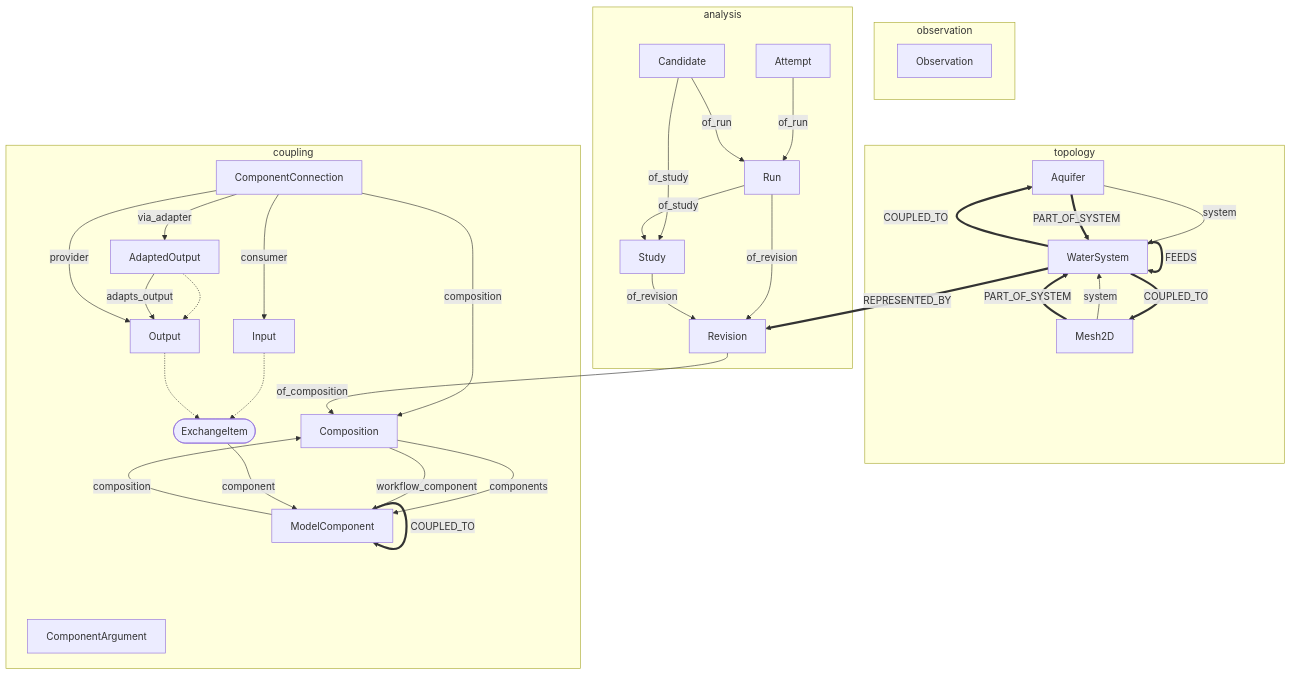
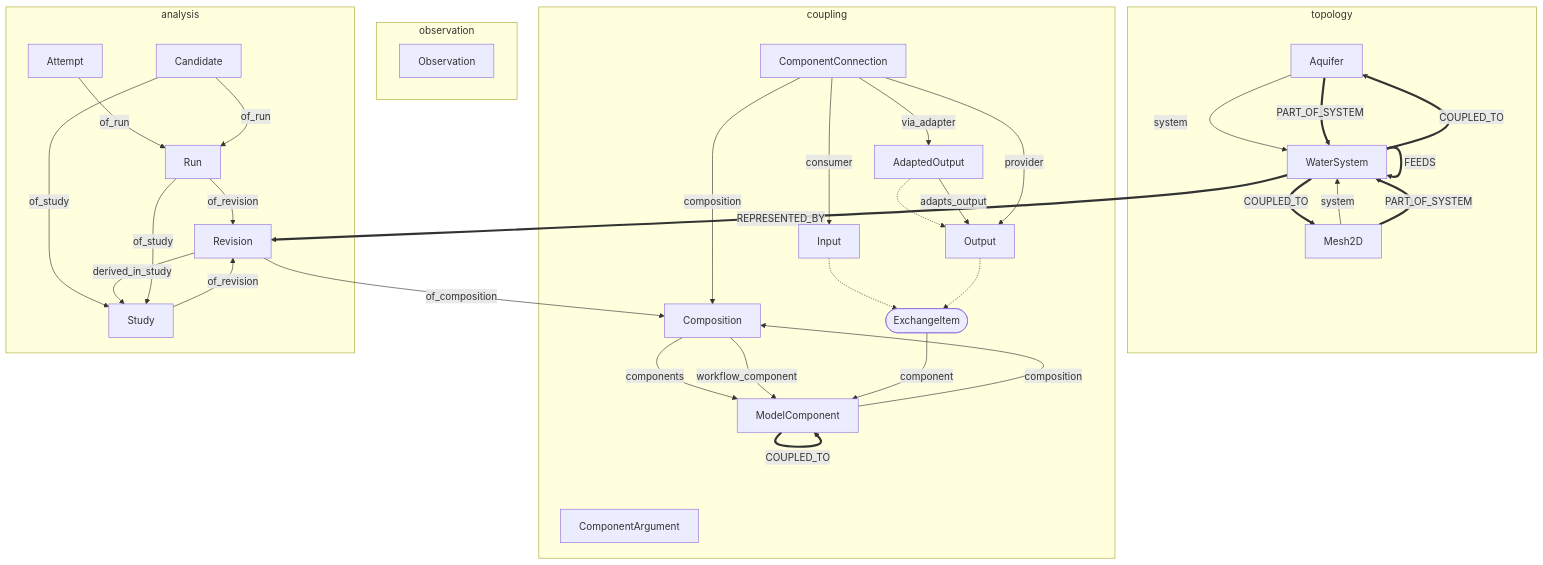
One commit to HydroCouple/water-ontology changed the third of 5 diagrams in docs/diagrams/knowledge-graph.md. Above: the diagram before and after it, drawn with Mermaid. The commit also changed other lines of this file and 25 other files, not shown here.

````diff
--- a/docs/diagrams/knowledge-graph.md
+++ b/docs/diagrams/knowledge-graph.md
@@ -156,56 +156,57 @@
 ```mermaid
 flowchart TB
   subgraph wsys_topology["topology"]
     Aquifer["Aquifer"]
     Mesh2D["Mesh2D"]
     WaterSystem["WaterSystem"]
   end
   subgraph wsys_observation["observation"]
     Observation["Observation"]
   end
   subgraph wsys_coupling["coupling"]
     AdaptedOutput["AdaptedOutput"]
     ComponentArgument["ComponentArgument"]
     ComponentConnection["ComponentConnection"]
     Composition["Composition"]
     ExchangeItem(["ExchangeItem"])
     Input["Input"]
     ModelComponent["ModelComponent"]
     Output["Output"]
   end
   subgraph wsys_analysis["analysis"]
     Attempt["Attempt"]
     Candidate["Candidate"]
     Revision["Revision"]
     Run["Run"]
     Study["Study"]
   end
   AdaptedOutput -.-> Output
   Input -.-> ExchangeItem
   Output -.-> ExchangeItem
   AdaptedOutput -- adapts_output --> Output
   Aquifer -- system --> WaterSystem
   Attempt -- of_run --> Run
   Candidate -- of_study --> Study
   Candidate -- of_run --> Run
   ComponentConnection -- composition --> Composition
   ComponentConnection -- provider --> Output
   ComponentConnection -- consumer --> Input
   ComponentConnection -- via_adapter --> AdaptedOutput
   Composition -- components --> ModelComponent
   Composition -- workflow_component --> ModelComponent
   ExchangeItem -- component --> ModelComponent
   Mesh2D -- system --> WaterSystem
   ModelComponent -- composition --> Composition
   Revision -- of_composition --> Composition
+  Revision -- derived_in_study --> Study
   Run -- of_revision --> Revision
   Run -- of_study --> Study
   Study -- of_revision --> Revision
   WaterSystem == FEEDS ==> WaterSystem
   Aquifer == PART_OF_SYSTEM ==> WaterSystem
   Mesh2D == PART_OF_SYSTEM ==> WaterSystem
   WaterSystem == REPRESENTED_BY ==> Revision
   ModelComponent == COUPLED_TO ==> ModelComponent
   WaterSystem == COUPLED_TO ==> Mesh2D
   WaterSystem == COUPLED_TO ==> Aquifer
 ```
````
